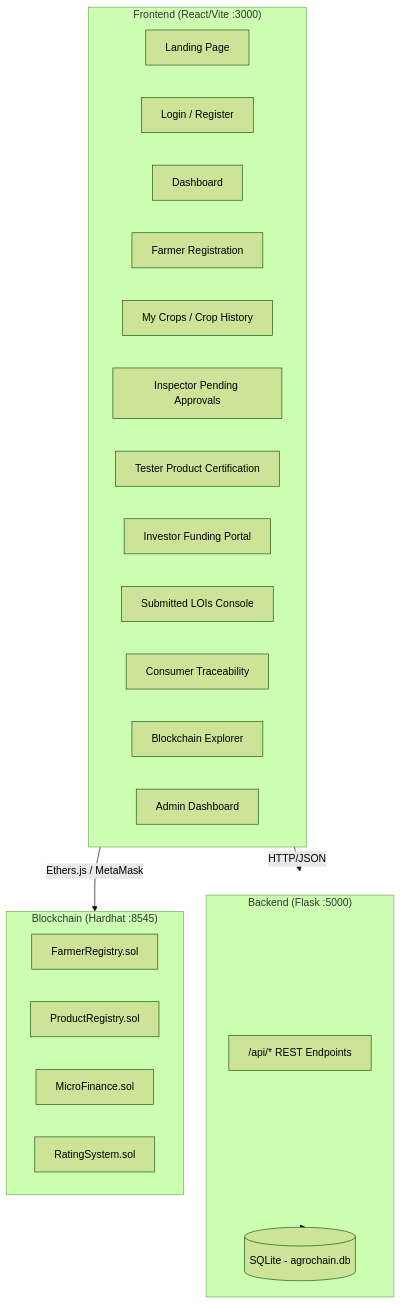
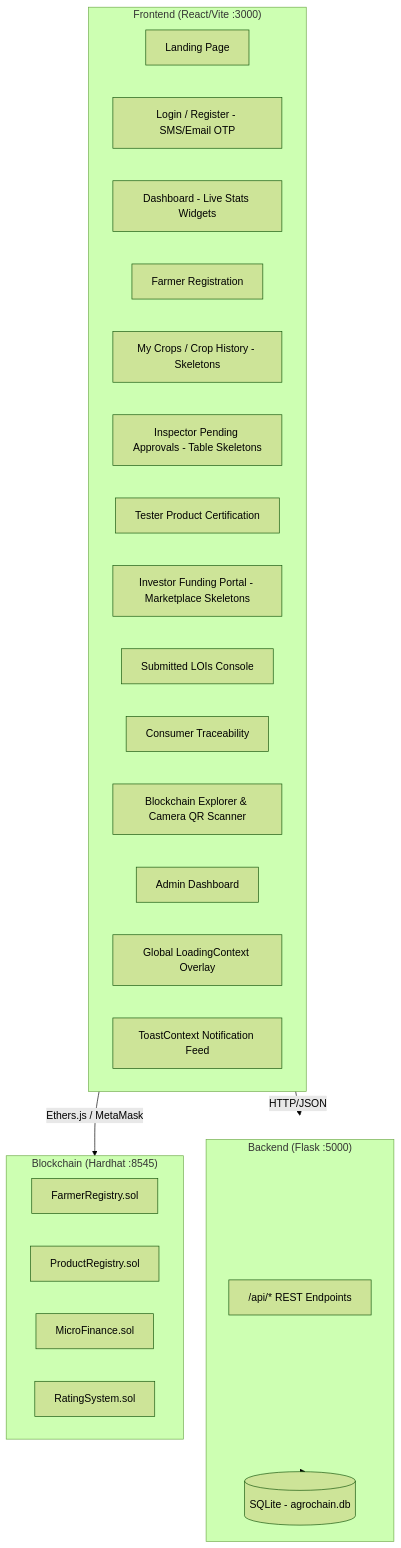
One commit to Vedansh-Harish-Ail/AgroChain changed the diagram in walkthrough.md. Above: the diagram before and after it, drawn with Mermaid (forest theme). The commit also changed other lines of this file and 4 other files, not shown here.

Commit message:
feat: implement dual-factor registration, investor capital tracking, LOI cancellation, and integrated QR camera scanner with improved UI/UX loading states.

````diff
--- a/walkthrough.md
+++ b/walkthrough.md
@@ -17,33 +17,35 @@
 ```mermaid
 graph TB
     subgraph Frontend["Frontend (React/Vite :3000)"]
         LP[Landing Page]
-        Auth[Login / Register]
-        Dash[Dashboard]
+        Auth[Login / Register - SMS/Email OTP]
+        Dash[Dashboard - Live Stats Widgets]
         FR[Farmer Registration]
-        CH[My Crops / Crop History]
-        QT[Inspector Pending Approvals]
+        CH[My Crops / Crop History - Skeletons]
+        QT[Inspector Pending Approvals - Table Skeletons]
         PR[Tester Product Certification]
-        FP[Investor Funding Portal]
+        FP[Investor Funding Portal - Marketplace Skeletons]
         SL[Submitted LOIs Console]
         CT[Consumer Traceability]
-        BE[Blockchain Explorer]
+        BE["Blockchain Explorer & Camera QR Scanner"]
         AD[Admin Dashboard]
+        LC["Global LoadingContext Overlay"]
+        TC["ToastContext Notification Feed"]
     end
 
     subgraph Backend["Backend (Flask :5000)"]
         API["/api/* REST Endpoints"]
         DB[(SQLite - agrochain.db)]
     end
 
     subgraph Blockchain["Blockchain (Hardhat :8545)"]
         FR_SC["FarmerRegistry.sol"]
         PR_SC["ProductRegistry.sol"]
         MF_SC["MicroFinance.sol"]
         RS_SC["RatingSystem.sol"]
     end
 
     Frontend -->|HTTP/JSON| Backend
     Frontend -->|Ethers.js / MetaMask| Blockchain
     Backend --> DB
 ```
````
